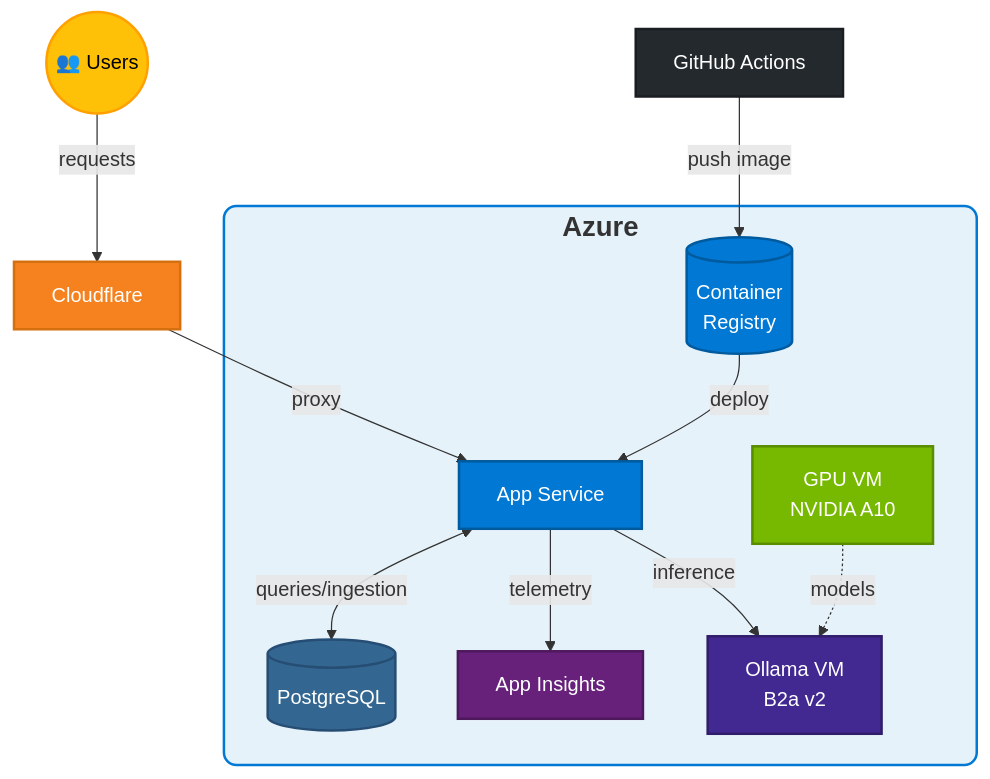
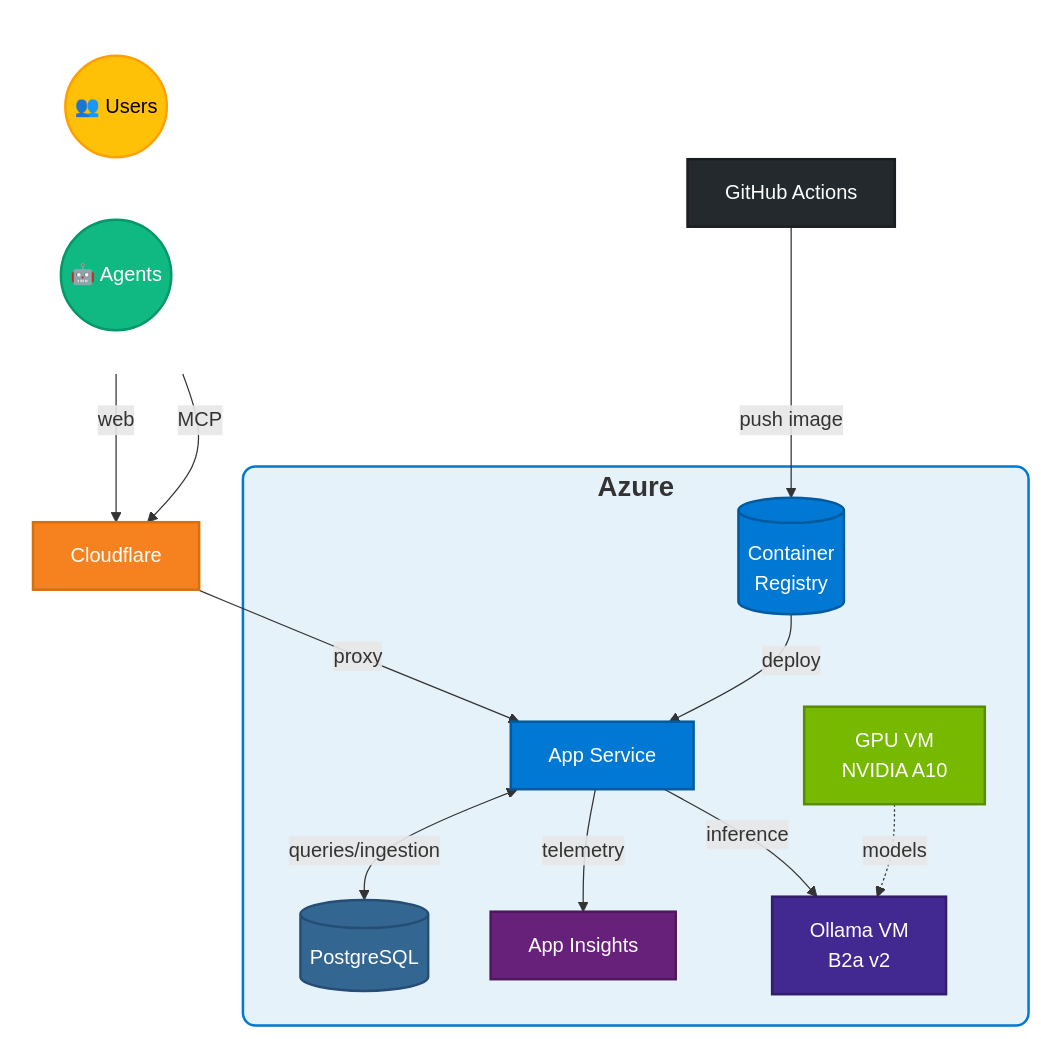
Before and after one commit to atomassi/rbac-catalog: the first of 3 diagrams in README.md, drawn with Mermaid. The commit also changed other lines of this file and 10 other files, not shown here.

````diff
--- a/README.md
+++ b/README.md
@@ -38,35 +38,42 @@
 ```mermaid
 flowchart TD
-    USER((👥  Users)):::user
+    subgraph Clients[" "]
+        direction LR
+        USER((👥 Users)):::user
+        AI((🤖 Agents)):::ai
+    end
     GH[GitHub Actions]:::github
     CDN[Cloudflare]:::cdn
     
     subgraph AZ ["<span style='font-size:22px;font-weight:bold'>Azure</span>"]
         CR[(Container<br/>Registry)]:::azure
         AS[App Service]:::azure
         PG[(PostgreSQL)]:::db
-        AI[App Insights]:::monitor
+        INSIGHTS[App Insights]:::monitor
         OL[Ollama VM<br/>B2a v2]:::ollama
         GPU[GPU VM<br/>NVIDIA A10]:::gpu
     end
     
-    USER -->|requests| CDN
+    USER -->|web| CDN
+    AI -->|MCP| CDN
     CDN -->|proxy| AS
     GH -->|push image| CR
     CR -->|deploy| AS
     AS <-->|queries/ingestion| PG
-    AS -->|telemetry| AI
+    AS -->|telemetry| INSIGHTS
     AS -->|inference| OL
     GPU -.->|models| OL
     
     classDef user fill:#FFC107,color:#000,stroke:#FFA000,stroke-width:2px
+    classDef ai fill:#10B981,color:#fff,stroke:#059669,stroke-width:2px
     classDef github fill:#24292e,color:#fff,stroke:#1a1e22,stroke-width:2px
     classDef cdn fill:#F6821F,color:#fff,stroke:#d4700f,stroke-width:2px
     classDef azure fill:#0078D4,color:#fff,stroke:#005a9e,stroke-width:2px
     classDef db fill:#336791,color:#fff,stroke:#264d73,stroke-width:2px
     classDef ollama fill:#412991,color:#fff,stroke:#301d6b,stroke-width:2px
     classDef gpu fill:#76B900,color:#fff,stroke:#5a8c00,stroke-width:2px
     classDef monitor fill:#68217A,color:#fff,stroke:#4e185c,stroke-width:2px
     
     style AZ fill:#E6F2FA,stroke:#0078D4,stroke-width:2px,rx:10
+    style Clients fill:none,stroke:none
 ```
````
